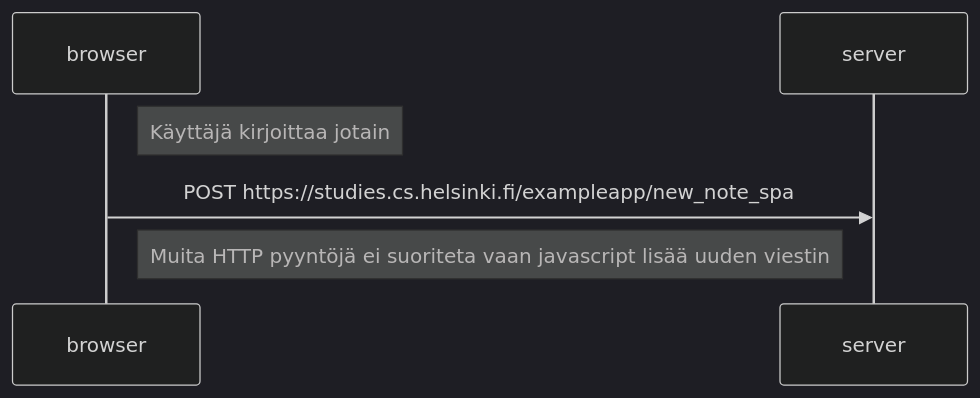
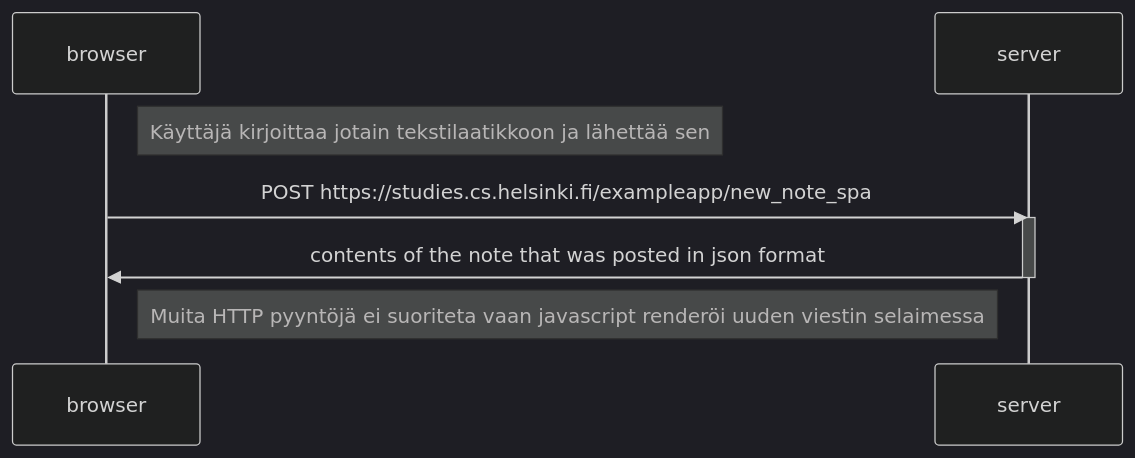
Before and after one commit to PekkaKalpio/Palautusrepositorio: the diagram in Osa0/06_Sekvenssikaavio.md, drawn with Mermaid (dark theme).

````diff
--- a/Osa0/06_Sekvenssikaavio.md
+++ b/Osa0/06_Sekvenssikaavio.md
@@ -1,15 +1,17 @@
 ```mermaid
 sequenceDiagram
     participant browser
     participant server
 
-    note right of browser: Käyttäjä kirjoittaa jotain 
+    note right of browser: Käyttäjä kirjoittaa jotain tekstilaatikkoon ja lähettää sen 
 
     browser->>server: POST https://studies.cs.helsinki.fi/exampleapp/new_note_spa
-    
-    
-    note left of server: Muita HTTP pyyntöjä ei suoriteta vaan javascript lisää uuden viestin
+    activate server
+    server->>browser: contents of the note that was posted in json format
+    deactivate server
+
+    note left of server: Muita HTTP pyyntöjä ei suoriteta vaan javascript renderöi uuden viestin selaimessa
    
 
 
 ```
````
